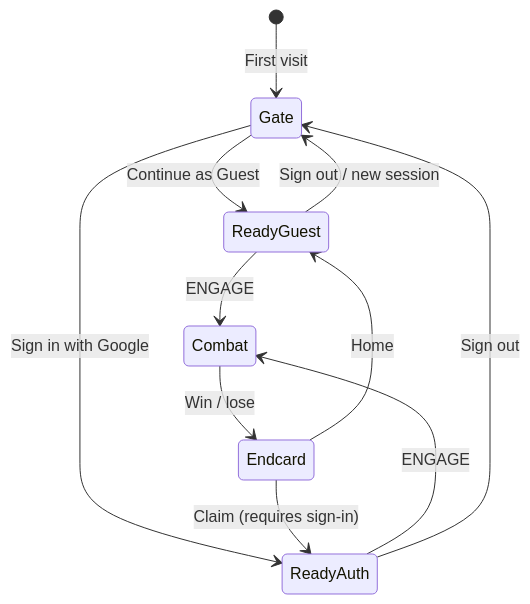
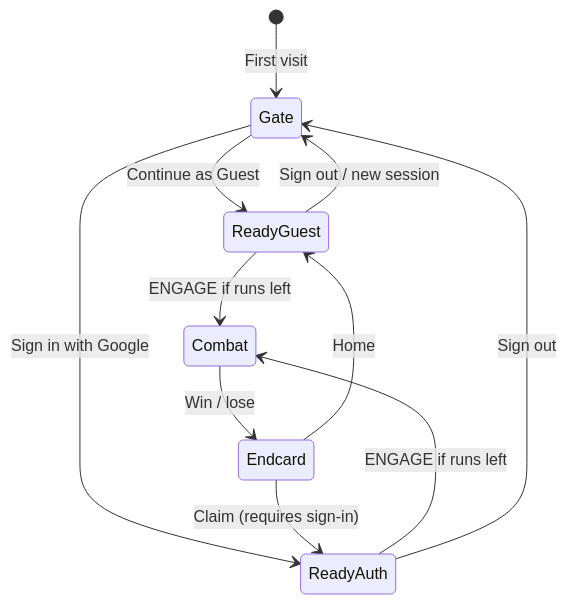
Before and after one commit to thesithunyein/veil-war: the third of 3 diagrams in README.md, drawn with Mermaid. The commit also changed other lines of this file, not shown here.

````diff
--- a/README.md
+++ b/README.md
@@ -95,13 +98,13 @@
 ```mermaid
 stateDiagram-v2
   [*] --> Gate: First visit
   Gate --> ReadyGuest: Continue as Guest
   Gate --> ReadyAuth: Sign in with Google
-  ReadyGuest --> Combat: ENGAGE
-  ReadyAuth --> Combat: ENGAGE
+  ReadyGuest --> Combat: ENGAGE if runs left
+  ReadyAuth --> Combat: ENGAGE if runs left
   Combat --> Endcard: Win / lose
   Endcard --> ReadyAuth: Claim (requires sign-in)
   Endcard --> ReadyGuest: Home
   ReadyAuth --> Gate: Sign out
   ReadyGuest --> Gate: Sign out / new session
 ```
````
